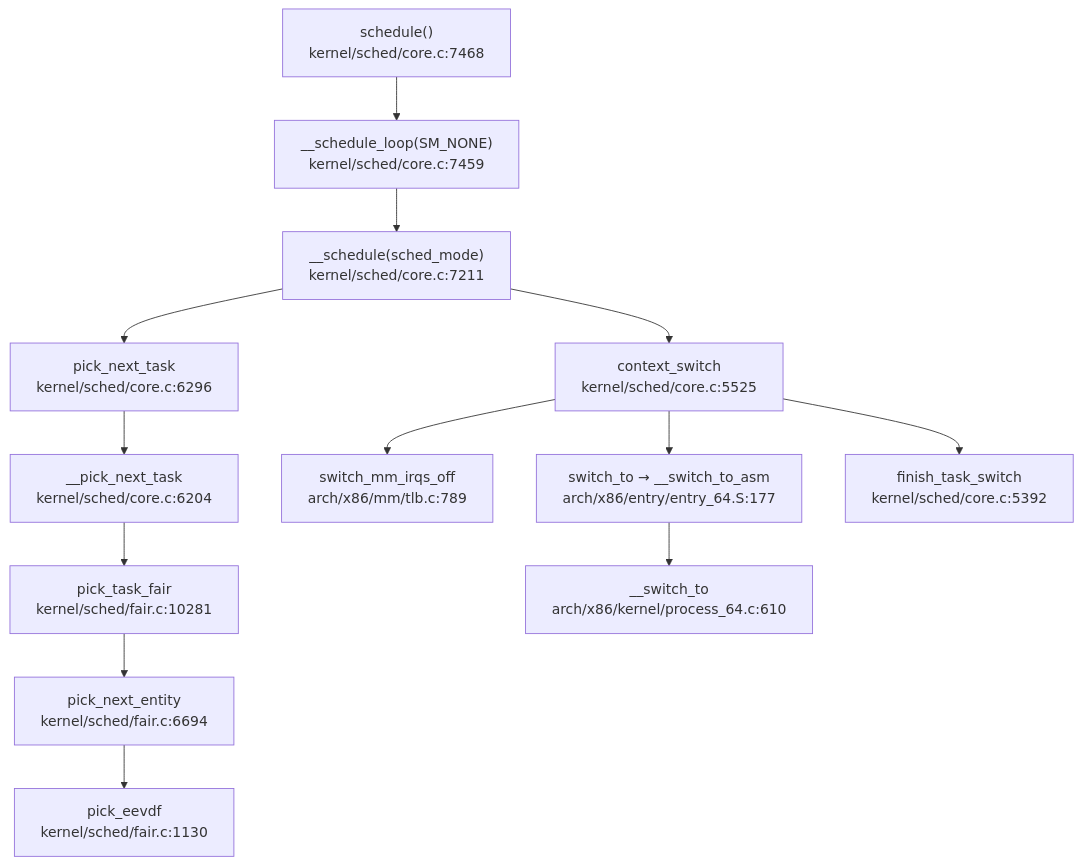
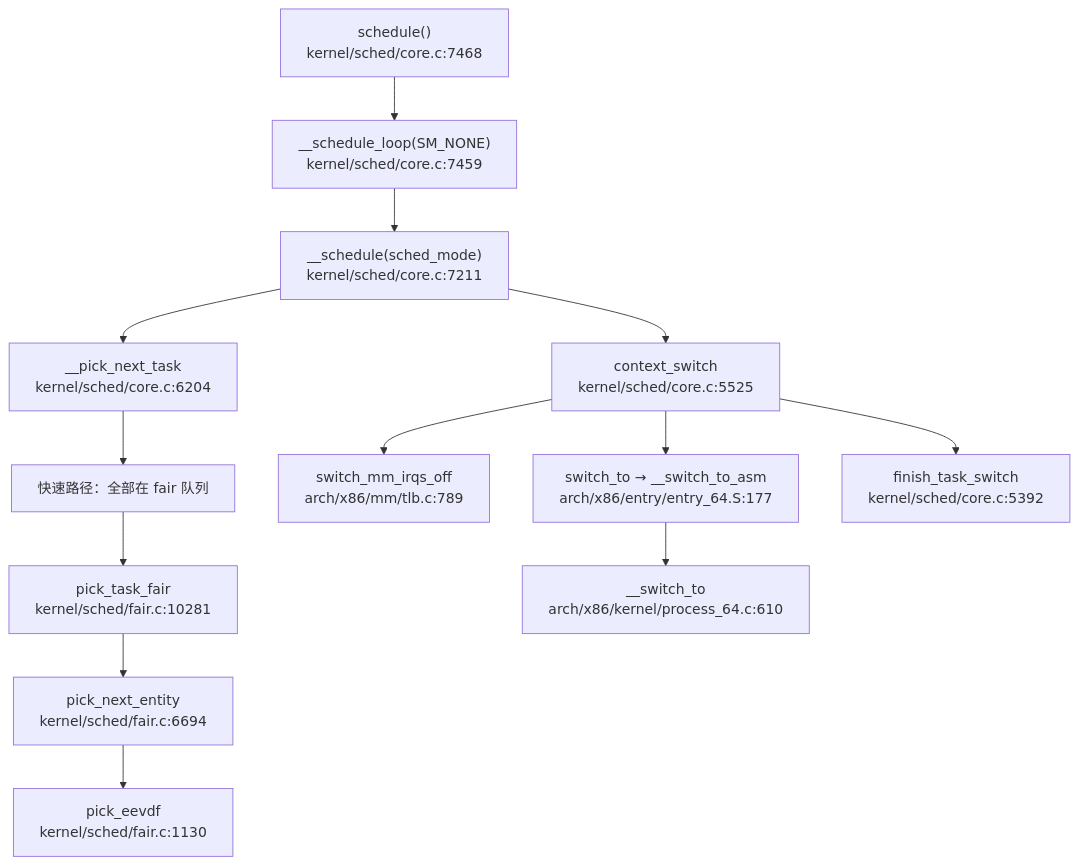
Before and after one commit to growdu/blog: the diagram in docs/source-tracks/linux-kernel/process-memory/learning-path/05-调度器-EEVDF负载均衡与上下文切换.md, drawn with Mermaid. The commit also changed other lines of this file, not shown here.

Commit message:
fix(linux-kernel): 校正 05 调度器章节的切换路径与挑选函数命名

````diff
--- a/docs/source-tracks/linux-kernel/process-memory/learning-path/05-调度器-EEVDF负载均衡与上下文切换.md
+++ b/docs/source-tracks/linux-kernel/process-memory/learning-path/05-调度器-EEVDF负载均衡与上下文切换.md
@@ -25,15 +25,15 @@
 ```mermaid
 flowchart TD
     A["schedule()<br/>kernel/sched/core.c:7468"] --> B["__schedule_loop(SM_NONE)<br/>kernel/sched/core.c:7459"]
     B --> C["__schedule(sched_mode)<br/>kernel/sched/core.c:7211"]
-    C --> D["pick_next_task<br/>kernel/sched/core.c:6296"]
-    D --> E["__pick_next_task<br/>kernel/sched/core.c:6204"]
+    C --> D["__pick_next_task<br/>kernel/sched/core.c:6204"]
+    D --> E["快速路径：全部在 fair 队列"]
     E --> F["pick_task_fair<br/>kernel/sched/fair.c:10281"]
     F --> G["pick_next_entity<br/>kernel/sched/fair.c:6694"]
     G --> H["pick_eevdf<br/>kernel/sched/fair.c:1130"]
     C --> I["context_switch<br/>kernel/sched/core.c:5525"]
     I --> J["switch_mm_irqs_off<br/>arch/x86/mm/tlb.c:789"]
     I --> K["switch_to → __switch_to_asm<br/>arch/x86/entry/entry_64.S:177"]
     K --> L["__switch_to<br/>arch/x86/kernel/process_64.c:610"]
     I --> M["finish_task_switch<br/>kernel/sched/core.c:5392"]
 ```
````
